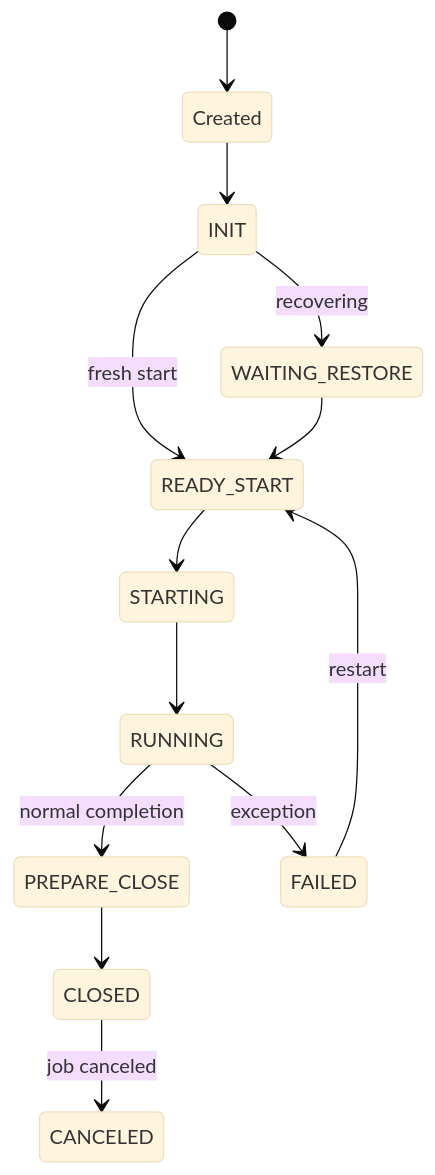
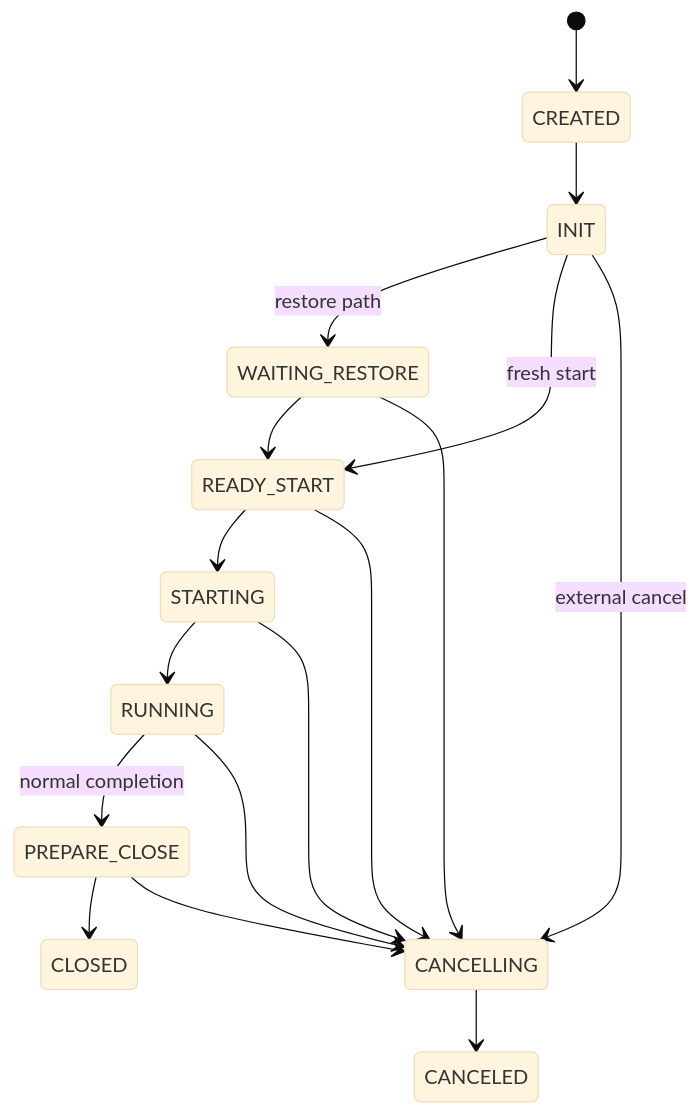
Before and after one commit to apache/seatunnel: the third of 4 diagrams in docs/en/architecture/engine/engine-architecture.md, drawn with Mermaid (base theme). The commit also changed other lines of this file and 5 other files, not shown here.

Commit message:
[Docs] Fix architecture diagram semantics

````diff
--- a/docs/en/architecture/engine/engine-architecture.md
+++ b/docs/en/architecture/engine/engine-architecture.md
@@ -294,15 +294,19 @@
 ```mermaid
 stateDiagram-v2
-    [*] --> Created
-    Created --> INIT
-    INIT --> WAITING_RESTORE: recovering
+    [*] --> CREATED
+    CREATED --> INIT
+    INIT --> WAITING_RESTORE: restore path
     INIT --> READY_START: fresh start
     WAITING_RESTORE --> READY_START
     READY_START --> STARTING
     STARTING --> RUNNING
     RUNNING --> PREPARE_CLOSE: normal completion
     PREPARE_CLOSE --> CLOSED
-    RUNNING --> FAILED: exception
-    FAILED --> READY_START: restart
-    CLOSED --> CANCELED: job canceled
+    INIT --> CANCELLING: external cancel
+    WAITING_RESTORE --> CANCELLING
+    READY_START --> CANCELLING
+    STARTING --> CANCELLING
+    RUNNING --> CANCELLING
+    PREPARE_CLOSE --> CANCELLING
+    CANCELLING --> CANCELED
 ```
````
